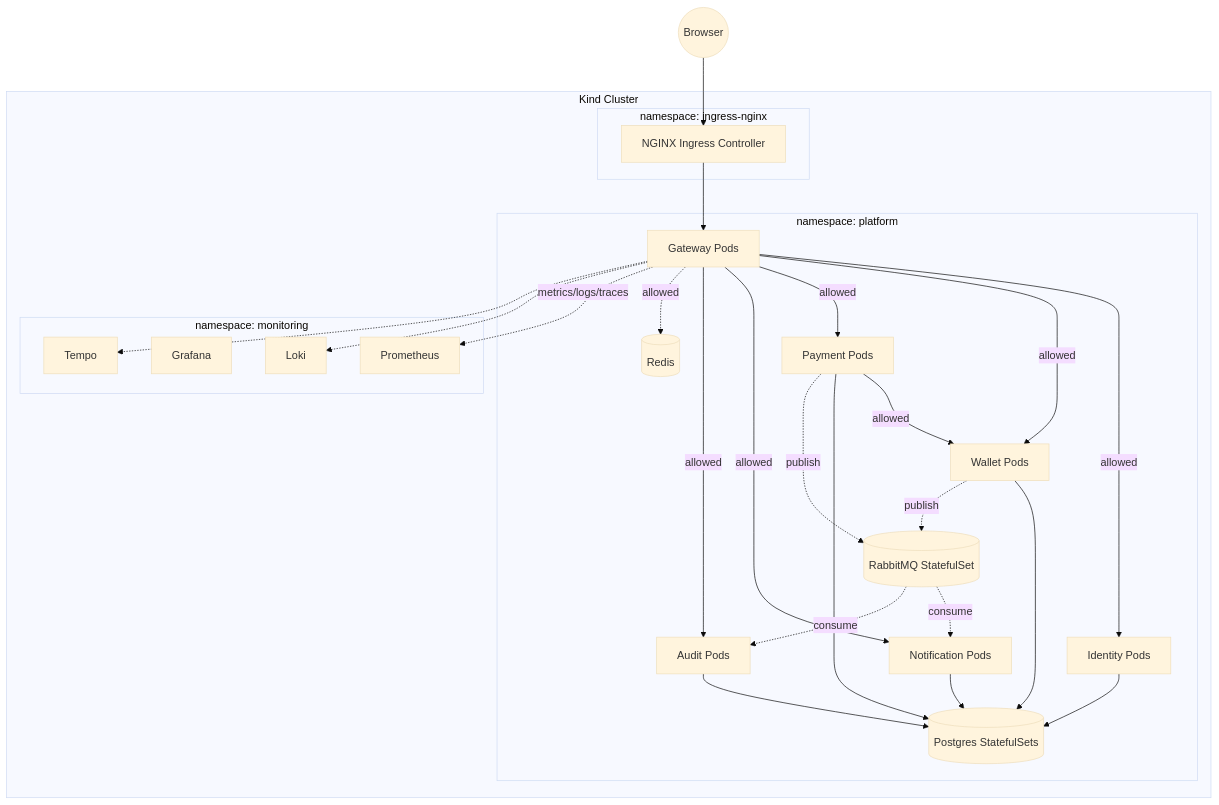
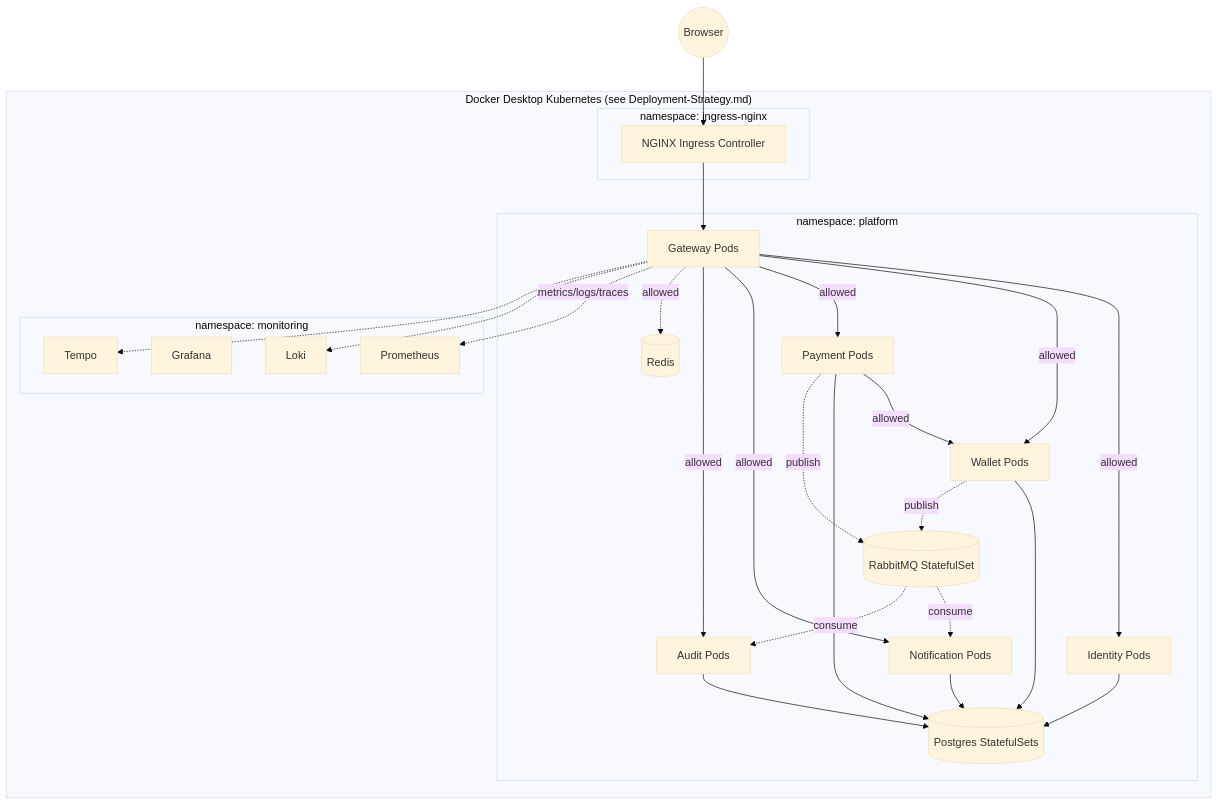
Before and after one commit to Yousuf-Hossain10/enterprise-payment-platform: the fourth of 11 diagrams in docs/Architecture.md, drawn with Mermaid (base theme). The commit also changed 5 other files, not shown here.

First line of the commit message:
feat(infra): add namespace bootstrap against docker desktop kubernetes

````diff
--- a/docs/Architecture.md
+++ b/docs/Architecture.md
@@ -147,51 +147,51 @@
 ```mermaid
 flowchart TB
     Internet((Browser)) --> Ingress
 
-    subgraph Cluster["Kind Cluster"]
+    subgraph Cluster["Docker Desktop Kubernetes (see Deployment-Strategy.md)"]
         subgraph NSIngress["namespace: ingress-nginx"]
             Ingress[NGINX Ingress Controller]
         end
         subgraph NSPlatform["namespace: platform"]
             GWPod[Gateway Pods]
             IdPod[Identity Pods]
             WPod[Wallet Pods]
             PPod[Payment Pods]
             NPod[Notification Pods]
             APod[Audit Pods]
             PG[(Postgres StatefulSets)]
             MQ[(RabbitMQ StatefulSet)]
             RedisPod[(Redis)]
         end
         subgraph NSMonitoring["namespace: monitoring"]
             Prom[Prometheus]
             Graf[Grafana]
             Loki[Loki]
             Tempo[Tempo]
         end
     end
 
     Ingress --> GWPod
     GWPod -->|allowed| IdPod
     GWPod -->|allowed| WPod
     GWPod -->|allowed| PPod
     GWPod -->|allowed| NPod
     GWPod -->|allowed| APod
     PPod -->|allowed| WPod
     GWPod -.->|allowed| RedisPod
 
     IdPod --> PG
     WPod --> PG
     PPod --> PG
     NPod --> PG
     APod --> PG
 
     PPod -.publish.-> MQ
     WPod -.publish.-> MQ
     MQ -.consume.-> NPod
     MQ -.consume.-> APod
 
     GWPod -.metrics/logs/traces.-> Prom
     GWPod -.-> Loki
     GWPod -.-> Tempo
 ```
````
